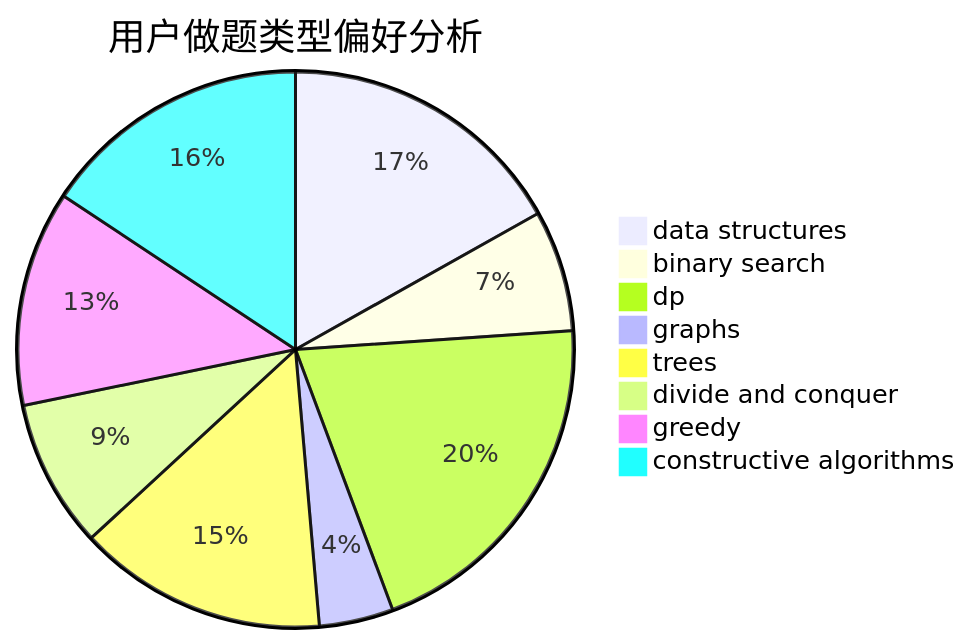
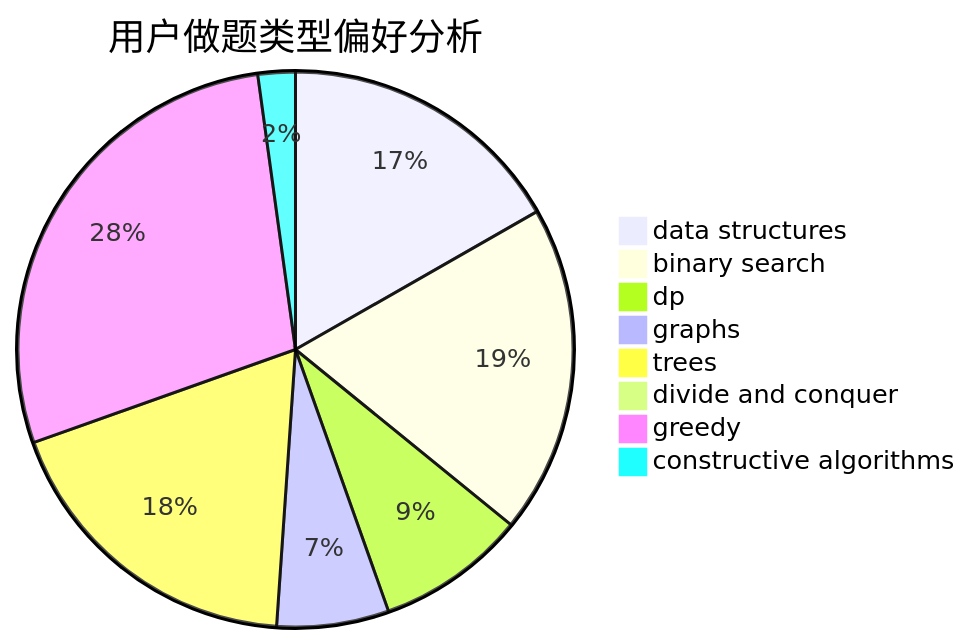
The second of 3 diagrams in docs/user/u2163.md (sherpahu/cfrs.github.io), drawn with Mermaid before and after one commit. The commit also changed other lines of this file and 2770 other files, not shown here.

````diff
--- a/docs/user/u2163.md
+++ b/docs/user/u2163.md
@@ -23,11 +23,11 @@
 ```mermaid
 pie title 用户做题类型偏好分析
-    "data structures" :  43
-    "binary search" :  18
-    "dp" :  52
-    "graphs" :  11
-    "trees" :  37
-    "divide and conquer" :  22
-    "greedy" :  32
-    "constructive algorithms" :  40
+    "data structures" :  77
+    "binary search" :  88
+    "dp" :  40
+    "graphs" :  30
+    "trees" :  85
+    "divide and conquer" :  1
+    "greedy" :  130
+    "constructive algorithms" :  10
 ```
````
